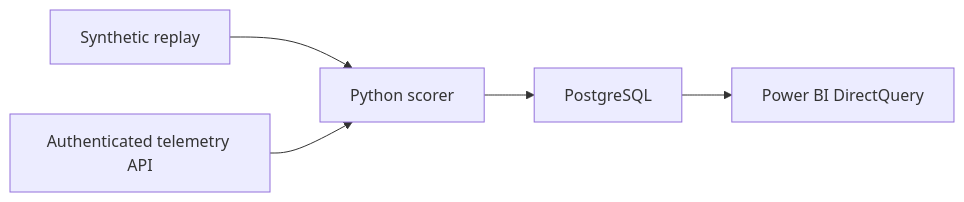
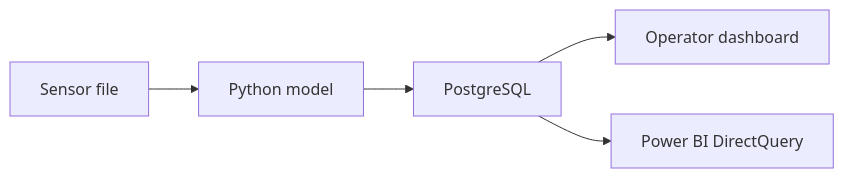
One commit to manivasagam-rajakannan/industrial-predictive-maintenance changed the diagram in README.md. Above: the diagram before and after it, drawn with Mermaid. The commit also changed other lines of this file and 205 other files, not shown here.

````diff
--- a/README.md
+++ b/README.md
@@ -17,7 +7,7 @@
 ```mermaid
 flowchart LR
-    replay["Synthetic replay"] --> scorer["Python scorer"]
-    sensor["Authenticated telemetry API"] --> scorer
-    scorer --> store["PostgreSQL"]
-    store --> report["Power BI DirectQuery"]
+    Input[Sensor file] --> Score[Python model]
+    Score --> Store[PostgreSQL]
+    Store --> Operator[Operator dashboard]
+    Store --> Report[Power BI DirectQuery]
 ```
````
